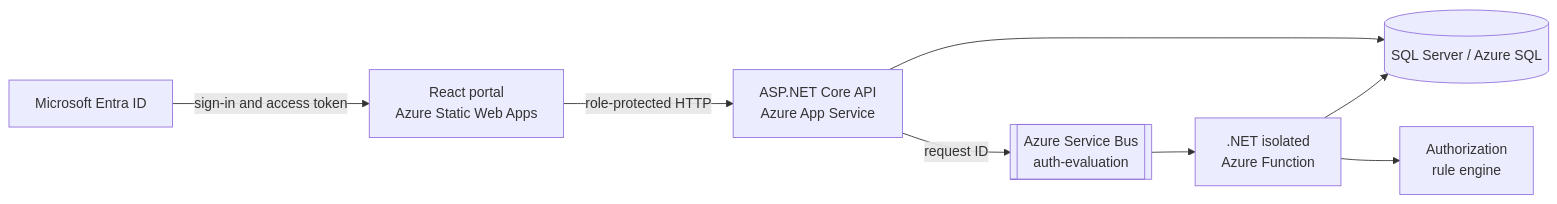
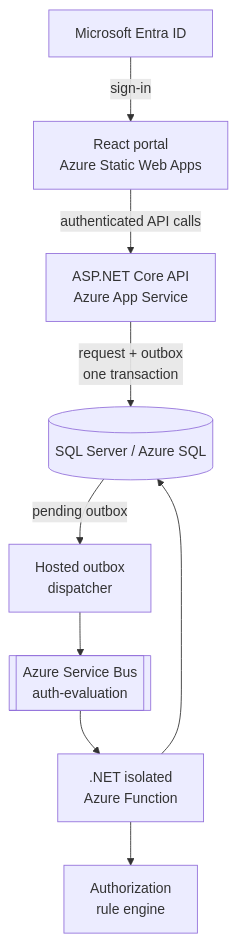
One commit to TaylorOne/prior-auth-portal changed the diagram in README.md. Above: the diagram before and after it, drawn with Mermaid. The commit also changed other lines of this file, not shown here.

Commit message:
docs: enhance README to clarify request lifecycle and outbox processing details

````diff
--- a/README.md
+++ b/README.md
@@ -32,18 +33,20 @@
 ```mermaid
-flowchart LR
+flowchart TD
     Entra[Microsoft Entra ID]
     Web[React portal<br/>Azure Static Web Apps]
     Api[ASP.NET Core API<br/>Azure App Service]
     Sql[(SQL Server / Azure SQL)]
+    Dispatcher[Hosted outbox<br/>dispatcher]
     Bus[[Azure Service Bus<br/>auth-evaluation]]
     Func[.NET isolated<br/>Azure Function]
     Engine[Authorization<br/>rule engine]
 
-    Entra -->|sign-in and access token| Web
-    Web -->|role-protected HTTP| Api
-    Api --> Sql
-    Api -->|request ID| Bus
+    Entra -->|sign-in| Web
+    Web -->|authenticated API calls| Api
+    Api -->|request + outbox<br/>one transaction| Sql
+    Sql -->|pending outbox| Dispatcher
+    Dispatcher --> Bus
     Bus --> Func
     Func --> Engine
     Func --> Sql
 ```
````
